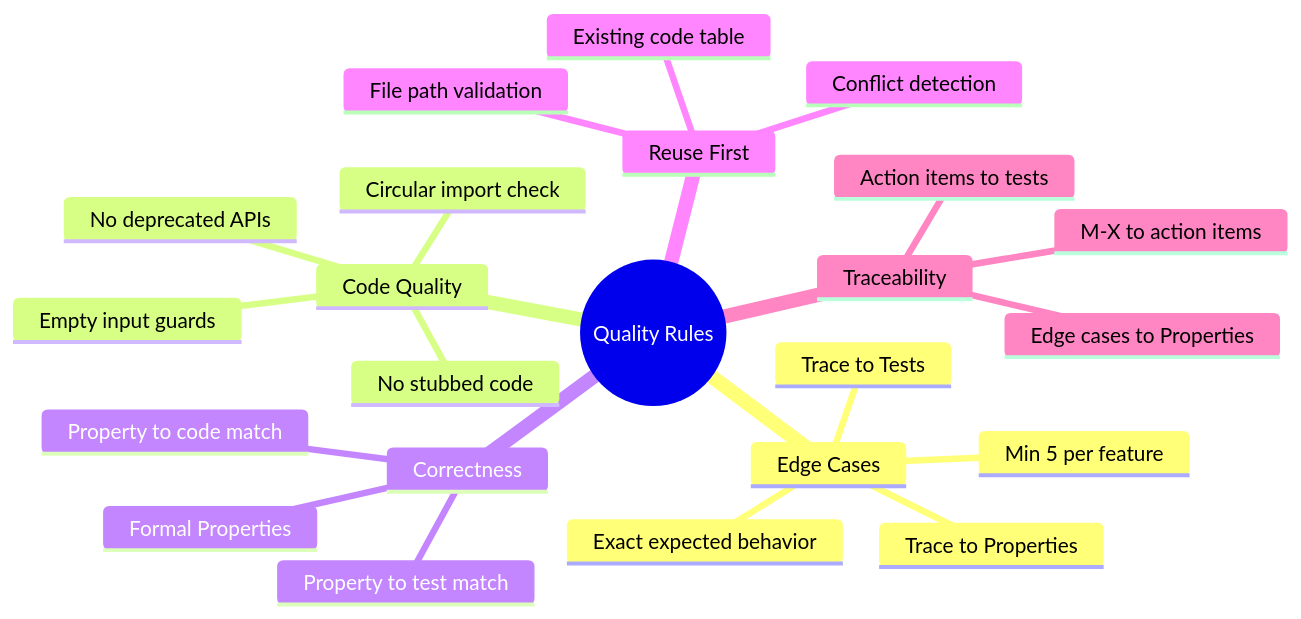
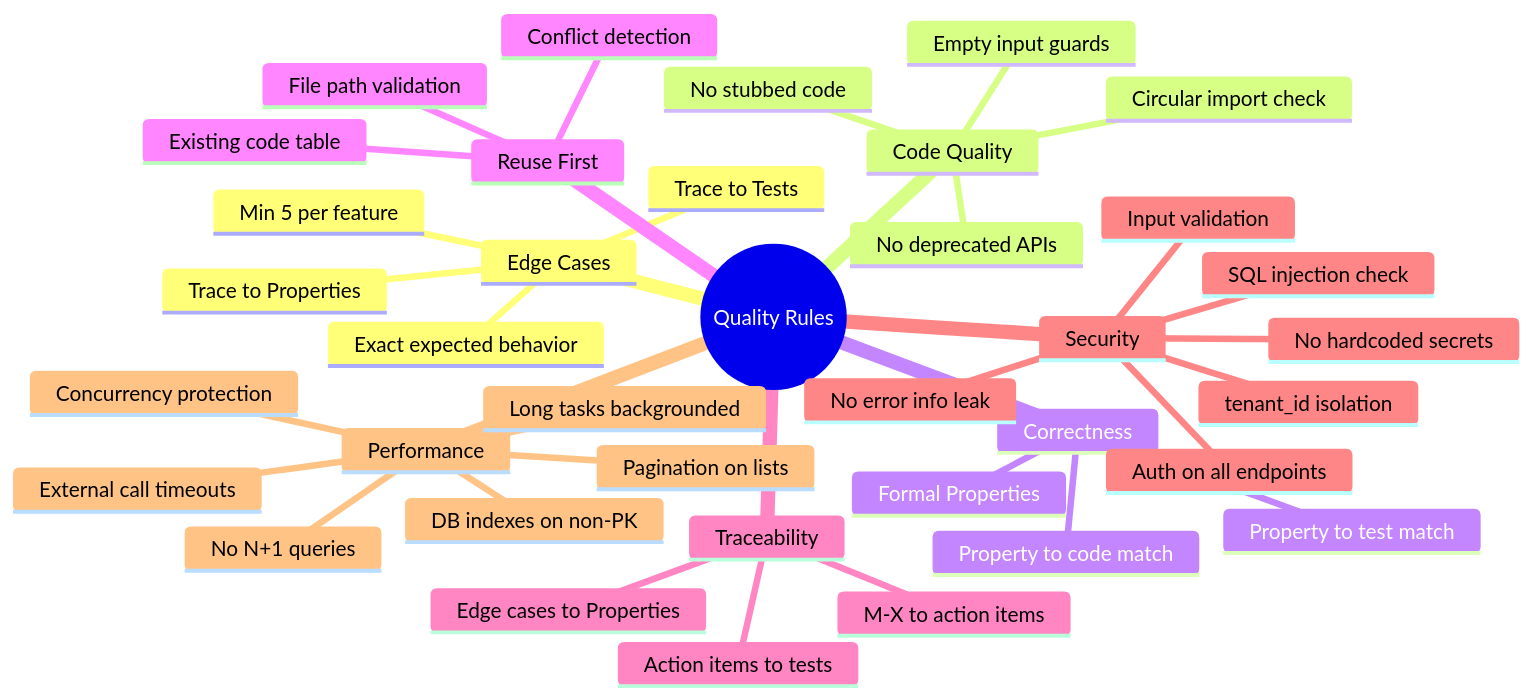
Before and after one commit to NHadi/AmanahAgent.Blueprint.Skills: the seventh of 9 diagrams in README.md, drawn with Mermaid. The commit also changed other lines of this file and 3 other files, not shown here.

````diff
--- a/README.md
+++ b/README.md
@@ -911,26 +911,40 @@
 ```mermaid
 mindmap
   root((Quality Rules))
     Edge Cases
       Min 5 per feature
       Exact expected behavior
       Trace to Properties
       Trace to Tests
     Code Quality
       No stubbed code
       No deprecated APIs
       Empty input guards
       Circular import check
     Correctness
       Formal Properties
       Property to code match
       Property to test match
     Reuse First
       Existing code table
       File path validation
       Conflict detection
     Traceability
       M-X to action items
       Action items to tests
       Edge cases to Properties
+    Security
+      SQL injection check
+      Auth on all endpoints
+      Input validation
+      No hardcoded secrets
+      tenant_id isolation
+      No error info leak
+    Performance
+      DB indexes on non-PK
+      No N+1 queries
+      Long tasks backgrounded
+      External call timeouts
+      Concurrency protection
+      Pagination on lists
 ```
````
